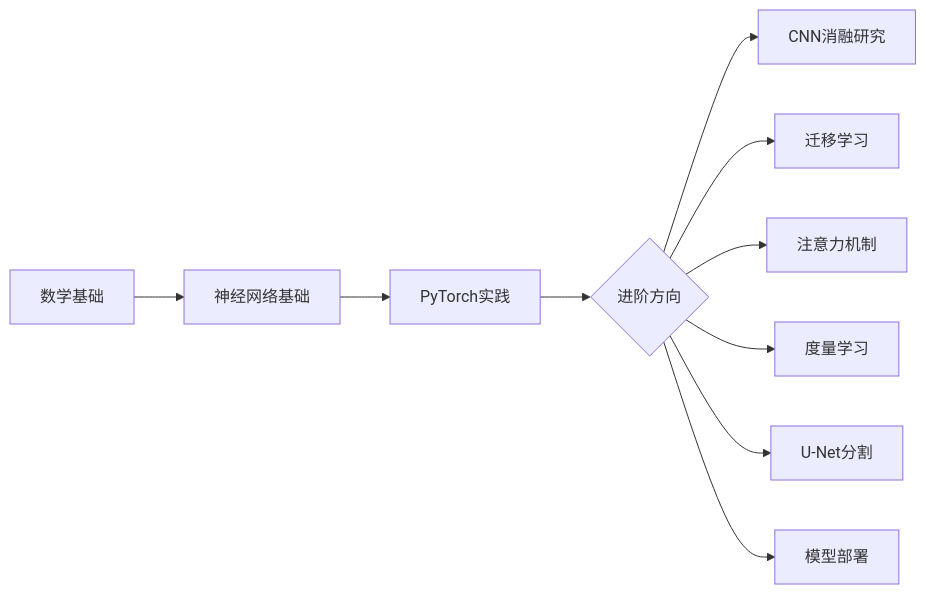
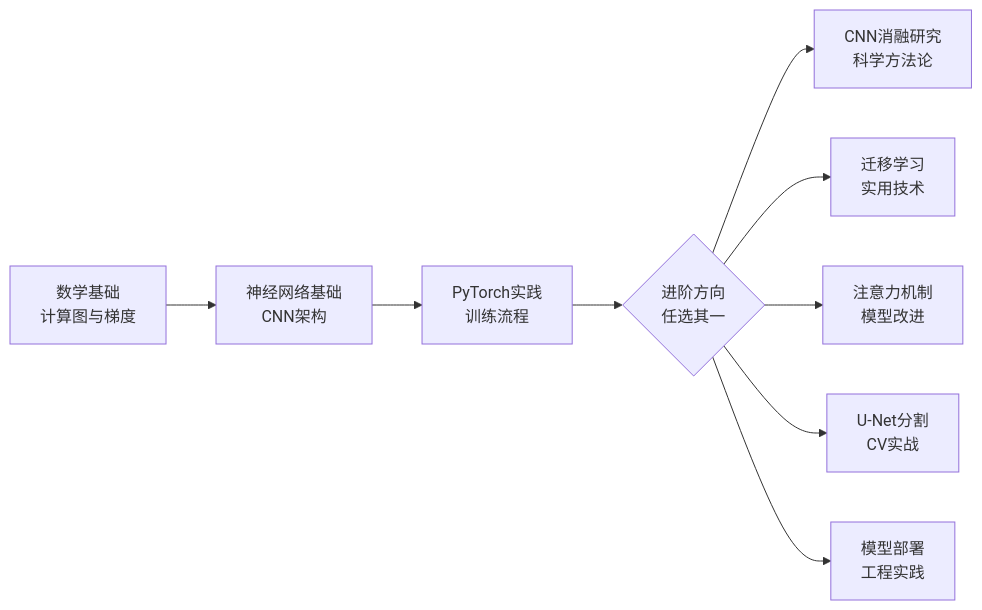
One commit to ulink-deep-learning-club/ulink-deeplearningclub-handouts changed the diagram in source/index.md. Above: the diagram before and after it, drawn with Mermaid. The commit also changed other lines of this file and 1 other file, not shown here.

````diff
--- a/source/index.md
+++ b/source/index.md
@@ -28,12 +30,11 @@
 ```{mermaid}
 graph LR
-    A[数学基础] --> B[神经网络基础]
-    B --> C[PyTorch实践]
-    C --> D{进阶方向}
-    D --> E[CNN消融研究]
-    D --> F[迁移学习]
-    D --> G[注意力机制]
-    D --> H[度量学习]
-    D --> I[U-Net分割]
-    D --> J[模型部署]
+    A[数学基础<br/>计算图与梯度] --> B[神经网络基础<br/>CNN架构]
+    B --> C[PyTorch实践<br/>训练流程]
+    C --> D{进阶方向<br/>任选其一}
+    D --> E[CNN消融研究<br/>科学方法论]
+    D --> F[迁移学习<br/>实用技术]
+    D --> G[注意力机制<br/>模型改进]
+    D --> H[U-Net分割<br/>CV实战]
+    D --> I[模型部署<br/>工程实践]
 ```
````
